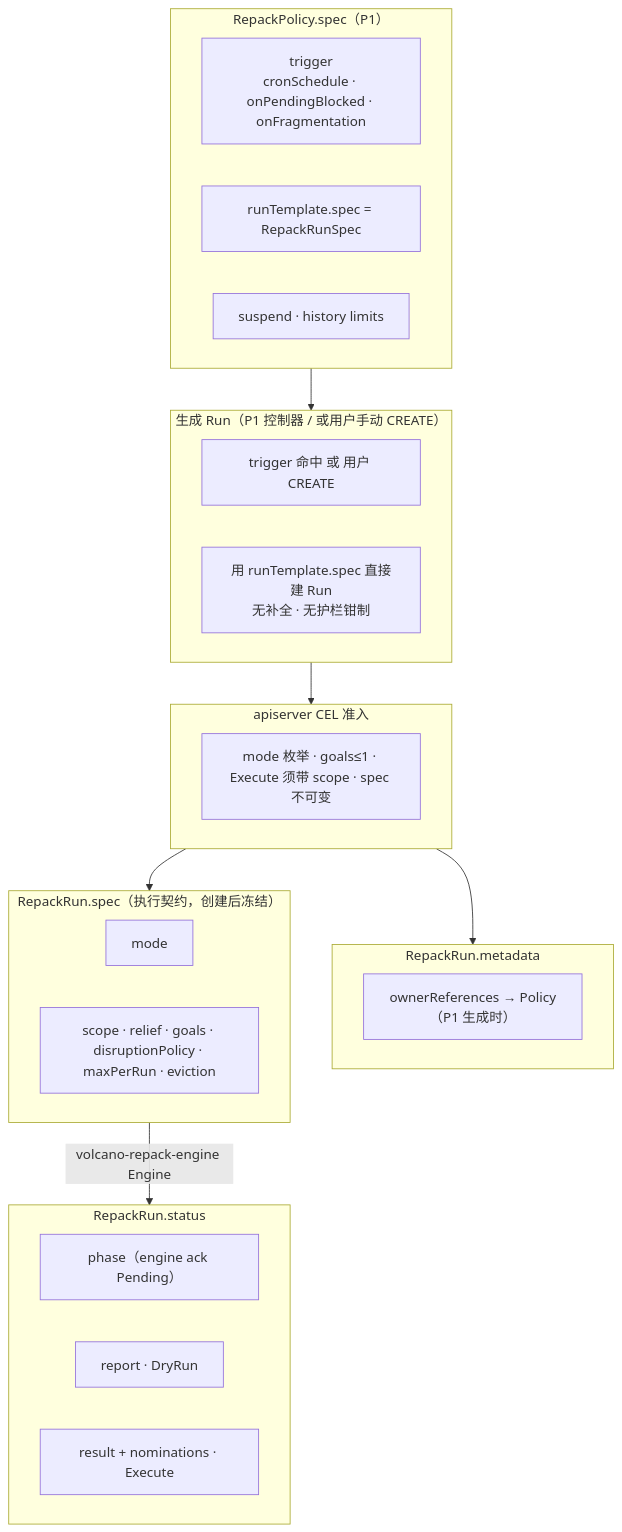
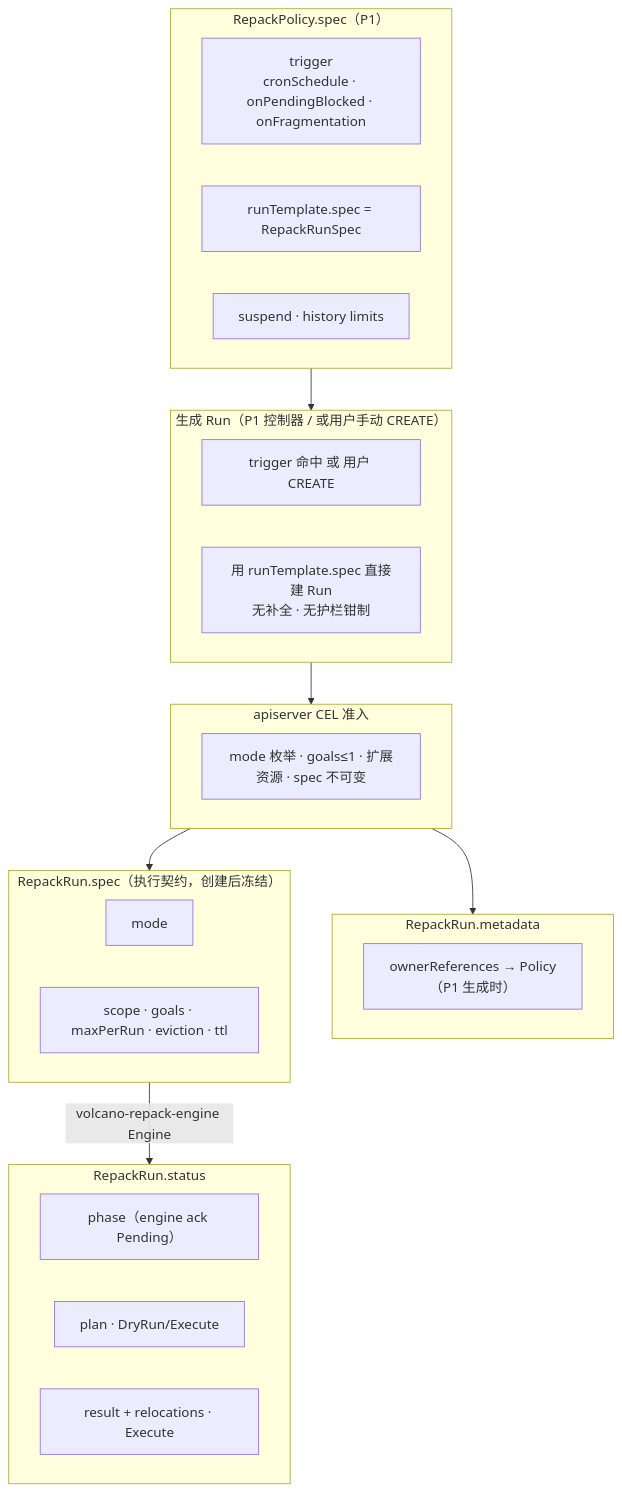
One commit to wangyang0616/volcano changed diagram 18 of 21 in docs/design/repack-policy-design.md. Above: the diagram before and after it, drawn with Mermaid. The commit also changed other lines of this file and 1 other file, not shown here.

````diff
--- a/docs/design/repack-policy-design.md
+++ b/docs/design/repack-policy-design.md
@@ -2765,38 +2840,38 @@
 ```mermaid
 flowchart TB
     subgraph PolicySpec["RepackPolicy.spec（P1）"]
         P1[trigger<br/>cronSchedule · onPendingBlocked · onFragmentation]
         P2[runTemplate.spec = RepackRunSpec]
         P3[suspend · history limits]
     end
 
     subgraph Gen["生成 Run（P1 控制器 / 或用户手动 CREATE）"]
         G1[trigger 命中 或 用户 CREATE]
         G2[用 runTemplate.spec 直接建 Run<br/>无补全 · 无护栏钳制]
     end
 
     subgraph CEL["apiserver CEL 准入"]
-        A1[mode 枚举 · goals≤1 · Execute 须带 scope · spec 不可变]
+        A1[mode 枚举 · goals≤1 · 扩展资源 · spec 不可变]
     end
 
     subgraph RunMeta["RepackRun.metadata"]
         M1[ownerReferences → Policy（P1 生成时）]
     end
 
     subgraph RunSpec["RepackRun.spec（执行契约，创建后冻结）"]
         R1[mode]
-        R2[scope · relief · goals · disruptionPolicy · maxPerRun · eviction]
+        R2[scope · goals · maxPerRun · eviction · ttl]
     end
 
     subgraph RunStatus["RepackRun.status"]
         S1[phase（engine ack Pending）]
-        S2[report · DryRun]
-        S3[result + nominations · Execute]
+        S2[plan · DryRun/Execute]
+        S3[result + relocations · Execute]
     end
 
     PolicySpec --> Gen
     Gen --> CEL
     CEL --> RunMeta
     CEL --> RunSpec
     RunSpec -->|volcano-repack-engine Engine| RunStatus
 ```
````
